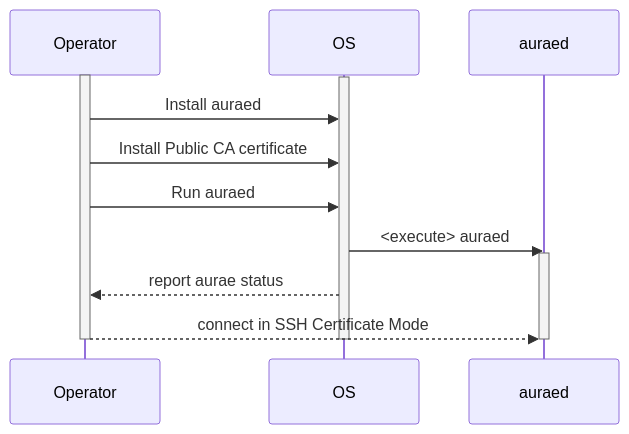
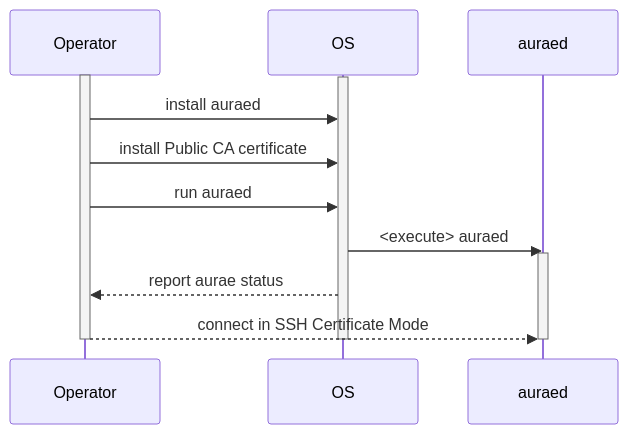
Before and after one commit to aurae-runtime/architecture: the second of 2 diagrams in accepted/002.md, drawn with Mermaid. The commit also changed other lines of this file, not shown here.

Commit message:
minor updates to prop 002 sequence diagrams

````diff
--- a/accepted/002.md
+++ b/accepted/002.md
@@ -76,15 +76,15 @@
 ```mermaid
 sequenceDiagram
 activate Operator
 activate OS
-Operator->>OS: Install auraed
-Operator->>OS: Install Public CA certificate
-Operator->>OS: Run auraed
+Operator->>OS: install auraed
+Operator->>OS: install Public CA certificate
+Operator->>OS: run auraed
 OS->>auraed: <execute> auraed
 activate auraed
 OS-->>Operator: report aurae status
 Operator-->>auraed: connect in SSH Certificate Mode
 deactivate auraed
 deactivate Operator
 deactivate OS
 ```
````
